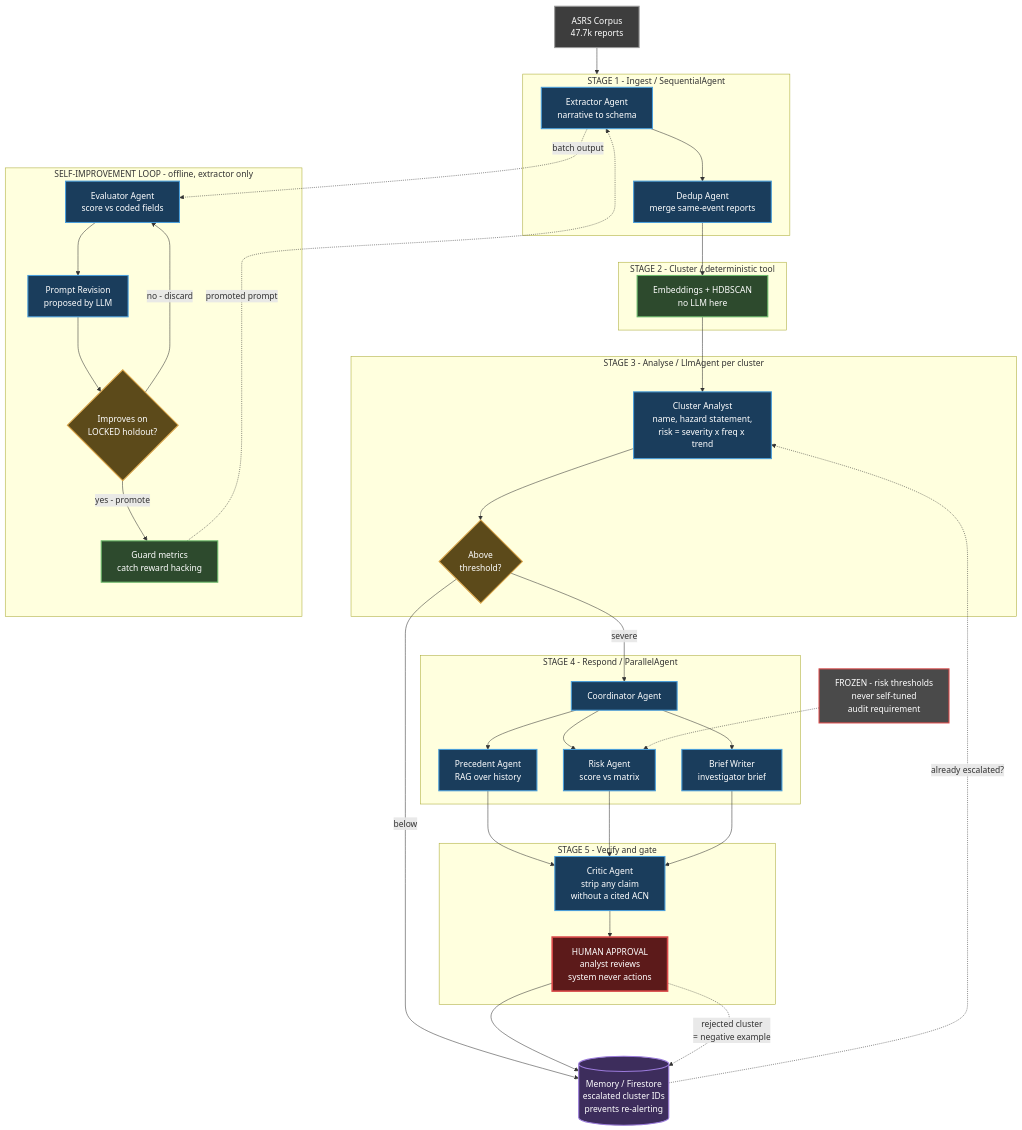
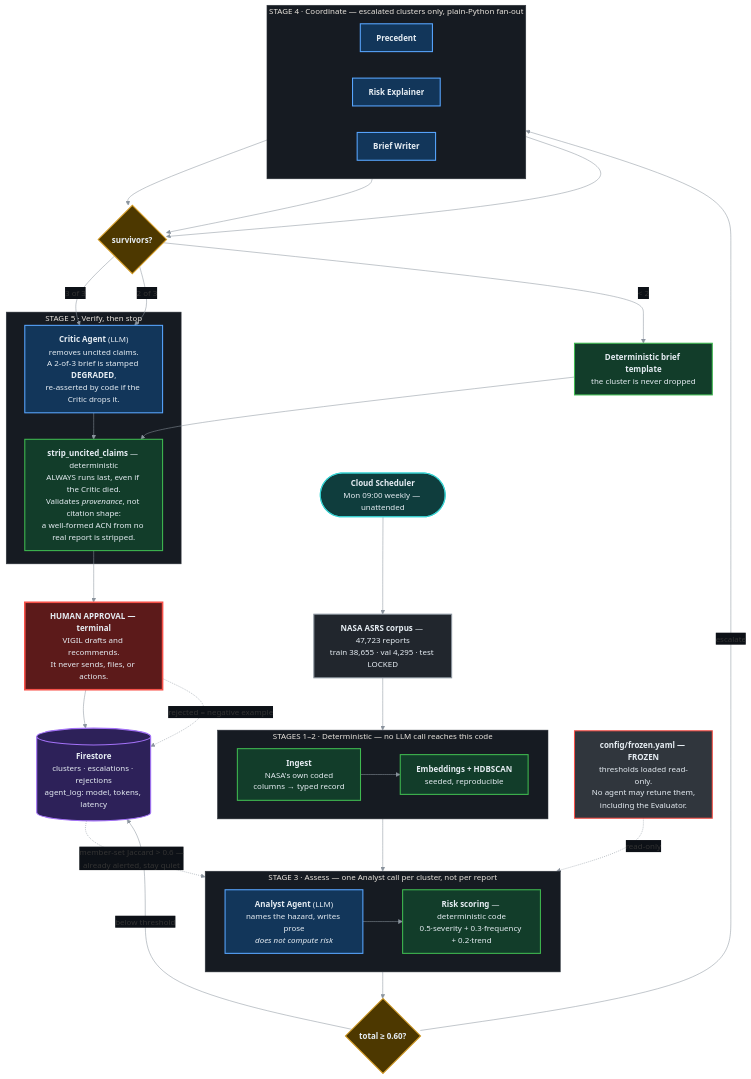
The diagram in docs/asrs-agent-architecture.mermaid (sushrutb17/vigil), drawn with Mermaid before and after one commit. The commit also changed 4 other files, not shown here.

First line of the commit message:
Replace the architecture diagram with one that matches the built system

```diff
--- a/docs/asrs-agent-architecture.mermaid
+++ b/docs/asrs-agent-architecture.mermaid
@@ -1,71 +1,66 @@
-flowchart TD
-    SRC["ASRS Corpus<br/>47.7k reports"]:::data
+%%{init: {"theme":"base","themeVariables":{"fontFamily":"Helvetica,Arial,sans-serif","fontSize":"15px","clusterBkg":"#161b22","clusterBorder":"#30363d","lineColor":"#8b949e","edgeLabelBackground":"#0d1117","textColor":"#c9d1d9","secondaryTextColor":"#c9d1d9","tertiaryColor":"#161b22"}}}%%
+flowchart TB
+    SCHED(["<b>Cloud Scheduler</b><br/>Mon 09:00 weekly — unattended"]):::infra
+    SRC["<b>NASA ASRS corpus</b> — 47,723 reports<br/>train 38,655 · val 4,295 · test LOCKED"]:::data
 
-    subgraph S1["STAGE 1 - Ingest / SequentialAgent"]
-        EXT["Extractor Agent<br/>narrative to schema"]:::agent
-        DED["Dedup Agent<br/>merge same-event reports"]:::agent
-        EXT --> DED
+    subgraph S12["STAGES 1–2 · Deterministic — no LLM call reaches this code"]
+        direction LR
+        ING["<b>Ingest</b><br/>NASA's own coded<br/>columns → typed record"]:::tool
+        EMB["<b>Embeddings + HDBSCAN</b><br/>seeded, reproducible"]:::tool
+        ING --> EMB
     end
 
-    subgraph S2["STAGE 2 - Cluster / deterministic tool"]
-        EMB["Embeddings + HDBSCAN<br/>no LLM here"]:::tool
+    subgraph S3["STAGE 3 · Assess — one Analyst call per cluster, not per report"]
+        direction LR
+        CA["<b>Analyst Agent</b> (LLM)<br/>names the hazard, writes prose<br/><i>does not compute risk</i>"]:::agent
+        RISK["<b>Risk scoring</b> — deterministic code<br/>0.5·severity + 0.3·frequency + 0.2·trend"]:::tool
+        CA --> RISK
     end
 
-    subgraph S3["STAGE 3 - Analyse / LlmAgent per cluster"]
-        CA["Cluster Analyst<br/>name, hazard statement,<br/>risk = severity x freq x trend"]:::agent
-        GATE{"Above<br/>threshold?"}:::gate
-        CA --> GATE
+    GATE{"<b>total ≥ 0.60?</b>"}:::gate
+
+    subgraph S4["STAGE 4 · Coordinate — escalated clusters only, plain-Python fan-out"]
+        direction LR
+        P1["<b>Precedent</b>"]:::agent
+        P2["<b>Risk Explainer</b>"]:::agent
+        P3["<b>Brief Writer</b>"]:::agent
+    end
+    DEG{"<b>survivors?</b>"}:::gate
+
+    subgraph S5["STAGE 5 · Verify, then stop"]
+        CRIT["<b>Critic Agent</b> (LLM)<br/>removes uncited claims.<br/>A 2-of-3 brief is stamped <b>DEGRADED</b>,<br/>re-asserted by code if the Critic drops it."]:::agent
+        HARD["<b>strip_uncited_claims</b> — deterministic<br/>ALWAYS runs last, even if the Critic died.<br/>Validates <i>provenance</i>, not citation shape:<br/>a well-formed ACN from no real report is stripped."]:::tool
+        CRIT --> HARD
     end
 
-    subgraph S4["STAGE 4 - Respond / ParallelAgent"]
-        COORD["Coordinator Agent"]:::agent
-        P1["Precedent Agent<br/>RAG over history"]:::agent
-        P2["Risk Agent<br/>score vs matrix"]:::agent
-        P3["Brief Writer<br/>investigator brief"]:::agent
-        COORD --> P1
-        COORD --> P2
-        COORD --> P3
-    end
+    DET["<b>Deterministic brief template</b><br/>the cluster is never dropped"]:::tool
+    HUMAN["<b>HUMAN APPROVAL — terminal</b><br/>VIGIL drafts and recommends.<br/>It never sends, files, or actions."]:::human
+    MEM[("<b>Firestore</b><br/>clusters · escalations · rejections<br/>agent_log: model, tokens, latency")]:::mem
+    FROZEN["<b>config/frozen.yaml — FROZEN</b><br/>thresholds loaded read-only.<br/>No agent may retune them,<br/>including the Evaluator."]:::frozen
 
-    subgraph S5["STAGE 5 - Verify and gate"]
-        CRIT["Critic Agent<br/>strip any claim<br/>without a cited ACN"]:::agent
-        HUMAN["HUMAN APPROVAL<br/>analyst reviews<br/>system never actions"]:::human
-        CRIT --> HUMAN
-    end
+    SCHED --> SRC --> S12
+    EMB --> CA
+    RISK --> GATE
+    GATE -->|"escalate"| S4
+    GATE -->|"below threshold"| MEM
+    P1 --> DEG
+    P2 --> DEG
+    P3 --> DEG
+    DEG -->|"3 of 3"| CRIT
+    DEG -->|"2 of 3"| CRIT
+    DEG -->|"< 2"| DET
+    DET --> HARD
+    HARD --> HUMAN
+    HUMAN --> MEM
+    MEM -.->|"member-set Jaccard > 0.6 —<br/>already alerted, stay quiet"| CA
+    HUMAN -.->|"rejected = negative example"| MEM
+    FROZEN -.->|"read-only"| RISK
 
-    MEM[("Memory / Firestore<br/>escalated cluster IDs<br/>prevents re-alerting")]:::mem
-
-    subgraph LOOP["SELF-IMPROVEMENT LOOP - offline, extractor only"]
-        EVAL["Evaluator Agent<br/>score vs coded fields"]:::agent
-        REV["Prompt Revision<br/>proposed by LLM"]:::agent
-        HOLD{"Improves on<br/>LOCKED holdout?"}:::gate
-        GUARD["Guard metrics<br/>catch reward hacking"]:::tool
-        EVAL --> REV --> HOLD
-        HOLD -->|"yes - promote"| GUARD
-        HOLD -->|"no - discard"| EVAL
-    end
-
-    FROZEN["FROZEN - risk thresholds<br/>never self-tuned<br/>audit requirement"]:::frozen
-
-    SRC --> S1
-    DED --> EMB
-    EMB --> CA
-    GATE -->|"severe"| COORD
-    GATE -->|"below"| MEM
-    P1 --> CRIT
-    P2 --> CRIT
-    P3 --> CRIT
-    HUMAN --> MEM
-    MEM -.->|"already escalated?"| CA
-    HUMAN -.->|"rejected cluster<br/>= negative example"| MEM
-    EXT -.->|"batch output"| EVAL
-    GUARD -.->|"promoted prompt"| EXT
-    FROZEN -.-> P2
-
-    classDef agent fill:#1a3d5c,stroke:#4a9eda,stroke-width:2px,color:#fff
-    classDef tool fill:#2d4a2d,stroke:#6aba6a,stroke-width:2px,color:#fff
-    classDef data fill:#3d3d3d,stroke:#999,stroke-width:2px,color:#fff
-    classDef gate fill:#5c4a1a,stroke:#daa54a,stroke-width:2px,color:#fff
-    classDef human fill:#5c1a1a,stroke:#da4a4a,stroke-width:3px,color:#fff
-    classDef mem fill:#3d2d5c,stroke:#9a7ada,stroke-width:2px,color:#fff
-    classDef frozen fill:#4a4a4a,stroke:#da4a4a,stroke-width:2px,color:#fff
+    classDef agent fill:#12365a,stroke:#58a6ff,stroke-width:2px,color:#e6edf3
+    classDef tool fill:#123d2a,stroke:#3fb950,stroke-width:2px,color:#e6edf3
+    classDef data fill:#21262d,stroke:#8b949e,stroke-width:2px,color:#e6edf3
+    classDef gate fill:#4d3800,stroke:#d29922,stroke-width:2px,color:#e6edf3
+    classDef human fill:#5c1a1a,stroke:#f85149,stroke-width:3px,color:#e6edf3
+    classDef mem fill:#2d2159,stroke:#a371f7,stroke-width:2px,color:#e6edf3
+    classDef frozen fill:#30363d,stroke:#f85149,stroke-width:2px,color:#e6edf3
+    classDef infra fill:#0f3d3d,stroke:#39d3d3,stroke-width:2px,color:#e6edf3
```
